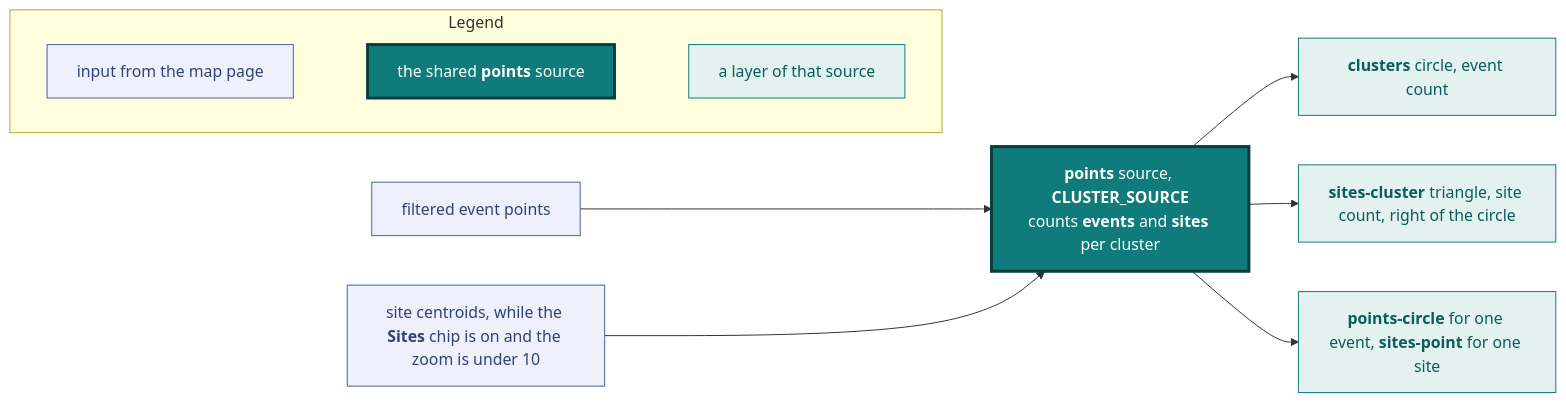
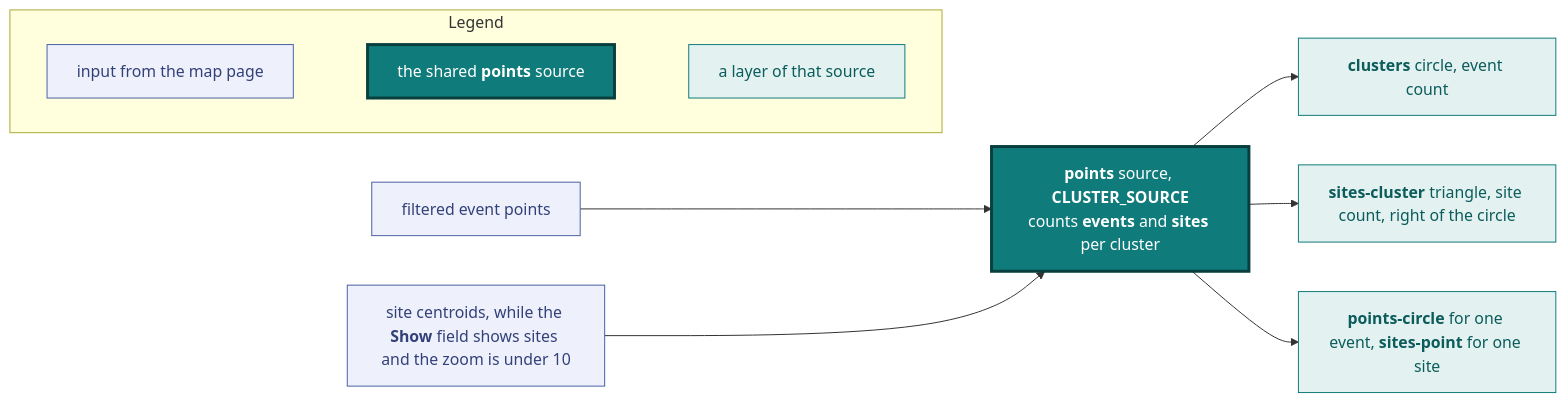
The third of 21 diagrams in docs/design.md (vidithq/vidit), drawn with Mermaid before and after one commit. The commit also changed other lines of this file and 8 other files, not shown here.

First line of the commit message:
fix(map): sites follow the Show field's rule (#808)

````diff
--- a/docs/design.md
+++ b/docs/design.md
@@ -263,27 +263,27 @@
     ```mermaid
     flowchart LR
       classDef spec fill:#eef1fb,stroke:#4a5fa5,color:#33417a
       classDef shared fill:#e3f2f1,stroke:#0f7b7a,color:#0b5c5b
       classDef core fill:#0f7b7a,stroke:#083f3e,stroke-width:3px,color:#ffffff
 
       subgraph legend [Legend]
         direction LR
         l1["`input from the map page`"]:::spec
         l2["`the shared **points** source`"]:::core
         l3["`a layer of that source`"]:::shared
         l1 ~~~ l2 ~~~ l3
       end
 
       events["`filtered event points`"]:::spec
-      sites["`site centroids, while the **Sites** chip is on and the zoom is under 10`"]:::spec
+      sites["`site centroids, while the **Show** field shows sites and the zoom is under 10`"]:::spec
       source["`**points** source, **CLUSTER_SOURCE**
       counts **events** and **sites** per cluster`"]:::core
       circle["`**clusters** circle, event count`"]:::shared
       triangle["`**sites-cluster** triangle, site count, right of the circle`"]:::shared
       single["`**points-circle** for one event, **sites-point** for one site`"]:::shared
       events --> source
       sites --> source
       source --> circle
       source --> triangle
       source --> single
     ```
````
